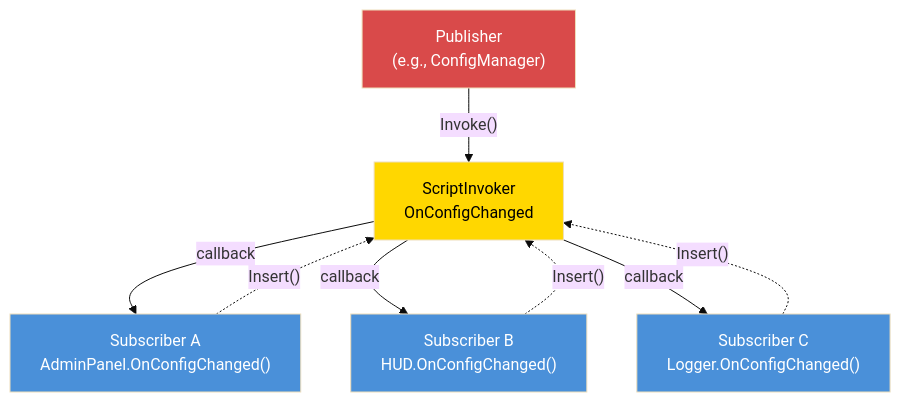
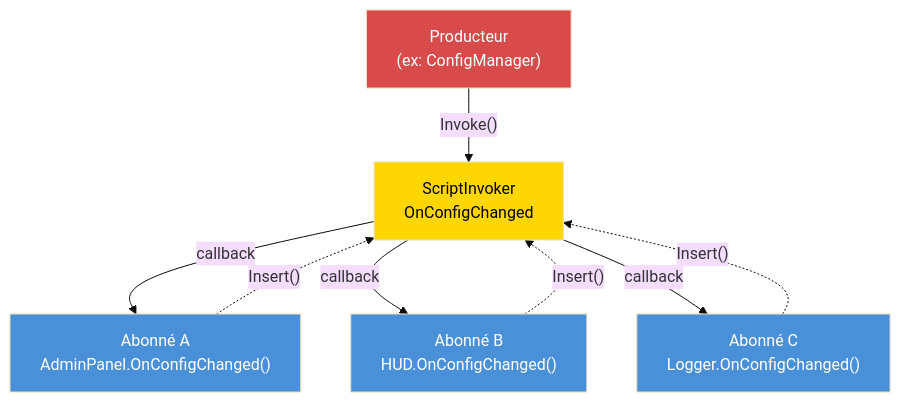
The diagram in fr/07-patterns/06-events.md (StarDZ-Team/DayZ-Modding-Wiki), drawn with Mermaid (base theme) before and after one commit. The commit also changed other lines of this file and 10 other files, not shown here.

````diff
--- a/fr/07-patterns/06-events.md
+++ b/fr/07-patterns/06-events.md
@@ -87,20 +87,20 @@
 ```mermaid
 graph TB
-    PUB["Publisher<br/>(e.g., ConfigManager)"]
+    PUB["Producteur<br/>(ex: ConfigManager)"]
 
     PUB -->|"Invoke()"| INV["ScriptInvoker<br/>OnConfigChanged"]
 
-    INV -->|"callback"| SUB1["Subscriber A<br/>AdminPanel.OnConfigChanged()"]
-    INV -->|"callback"| SUB2["Subscriber B<br/>HUD.OnConfigChanged()"]
-    INV -->|"callback"| SUB3["Subscriber C<br/>Logger.OnConfigChanged()"]
+    INV -->|"callback"| SUB1["Abonné A<br/>AdminPanel.OnConfigChanged()"]
+    INV -->|"callback"| SUB2["Abonné B<br/>HUD.OnConfigChanged()"]
+    INV -->|"callback"| SUB3["Abonné C<br/>Logger.OnConfigChanged()"]
 
     SUB1 -.->|"Insert()"| INV
     SUB2 -.->|"Insert()"| INV
     SUB3 -.->|"Insert()"| INV
 
     style PUB fill:#D94A4A,color:#fff
     style INV fill:#FFD700,color:#000
     style SUB1 fill:#4A90D9,color:#fff
     style SUB2 fill:#4A90D9,color:#fff
     style SUB3 fill:#4A90D9,color:#fff
 ```
````
